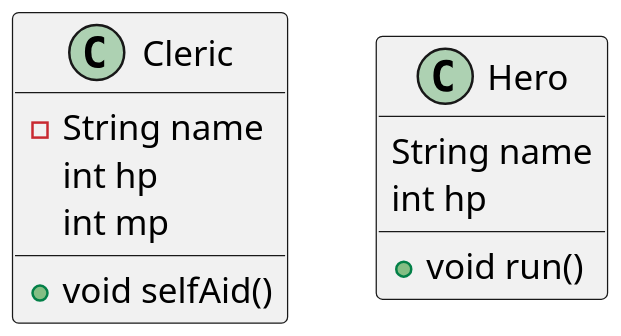
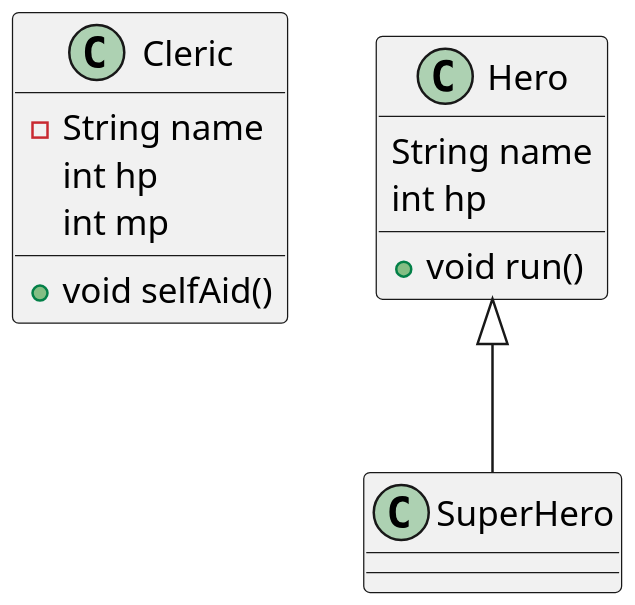
The diagram in src/main/java/com/survivalcoding/day01_class_instance/game.puml (SurvivalCodingCampus/gangnam3-java-oop), drawn with PlantUML before and after one commit. The commit also changed 4 other files, not shown here.

```diff
--- a/src/main/java/com/survivalcoding/day01_class_instance/game.puml
+++ b/src/main/java/com/survivalcoding/day01_class_instance/game.puml
@@ -1,19 +1,25 @@
 @startuml
 scale 2
 
 class Cleric {
     - String name
     int hp
     int mp
 
     + void selfAid()
 }
 
 class Hero {
     String name
     int hp
 
     + void run()
 }
 
+class SuperHero extends Hero {
+
+}
+
+'Hero <|-- SuperHero
+
 @enduml
```
